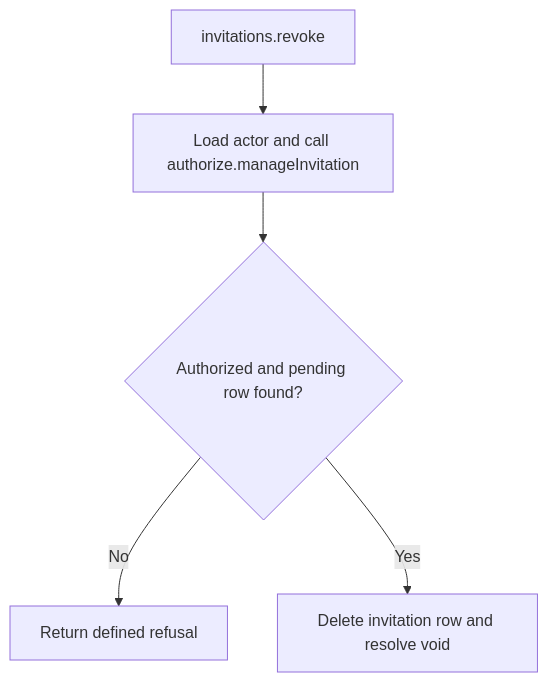
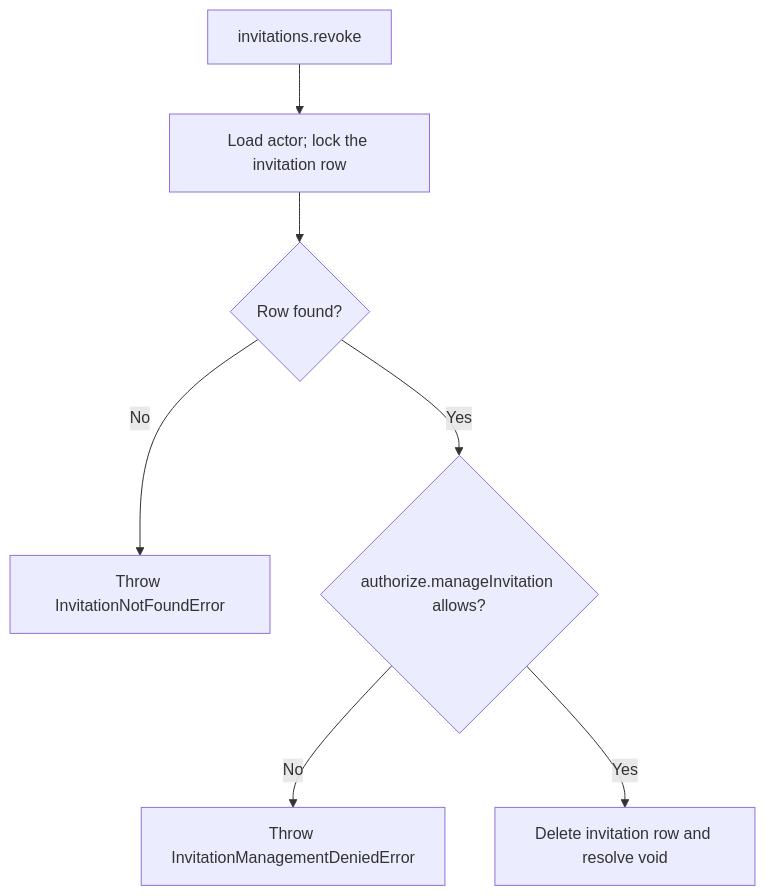
The second of 2 diagrams in user-stories/US-ACCOUNT-12-revoke-invitation.md (Kevinjohn/oss-adonisjs-account-kit), drawn with Mermaid before and after one commit. The commit also changed other lines of this file and 22 other files, not shown here.

````diff
--- a/user-stories/US-ACCOUNT-12-revoke-invitation.md
+++ b/user-stories/US-ACCOUNT-12-revoke-invitation.md
@@ -30,7 +30,9 @@
 ```mermaid
 flowchart TD
- A["invitations.revoke"] --> B["Load actor and call authorize.manageInvitation"]
- B --> C{"Authorized and pending row found?"}
- C -->|No| D["Return defined refusal"]
- C -->|Yes| E["Delete invitation row and resolve void"]
+ A["invitations.revoke"] --> B["Load actor; lock the invitation row"]
+ B --> C{"Row found?"}
+ C -->|No| D["Throw InvitationNotFoundError"]
+ C -->|Yes| M{"authorize.manageInvitation allows?"}
+ M -->|No| N["Throw InvitationManagementDeniedError"]
+ M -->|Yes| E["Delete invitation row and resolve void"]
 ```
````
